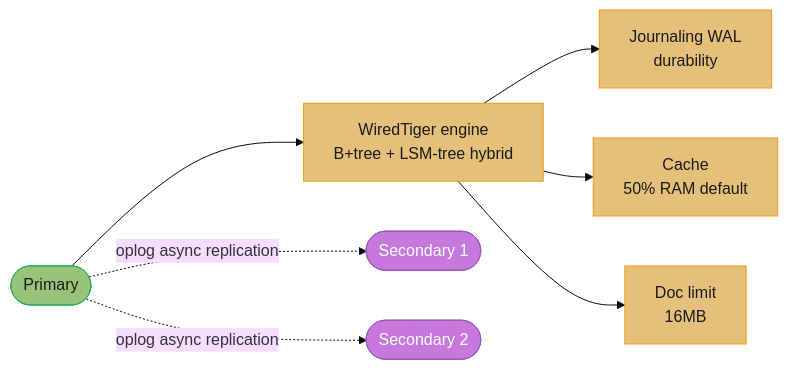
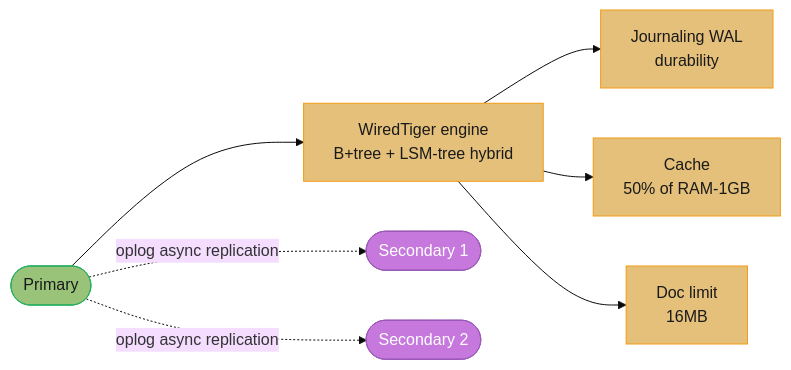
Before and after one commit to rppol/system-design: the first of 9 diagrams in src/main/java/com/rutik/systemdesign/database/document_databases/README.md, drawn with Mermaid (base theme). The commit also changed other lines of this file and 5 other files, not shown here.

````diff
--- a/src/main/java/com/rutik/systemdesign/database/document_databases/README.md
+++ b/src/main/java/com/rutik/systemdesign/database/document_databases/README.md
@@ -21,21 +21,21 @@
 ```mermaid
 flowchart LR
     classDef io      fill:#61afef,stroke:#2e86c1,color:#1a1a1a,font-weight:bold
     classDef frozen  fill:#c678dd,stroke:#9b59b6,color:#fff
     classDef train   fill:#98c379,stroke:#27ae60,color:#1a1a1a
     classDef mathOp  fill:#d19a66,stroke:#e67e22,color:#1a1a1a,font-weight:bold
     classDef lossN   fill:#e06c75,stroke:#c0392b,color:#fff,font-weight:bold
     classDef req     fill:#56b6c2,stroke:#0097a7,color:#1a1a1a
     classDef base    fill:#e5c07b,stroke:#f39c12,color:#1a1a1a
 
     P(["Primary"]) --> WT["WiredTiger engine<br/>B+tree + LSM-tree hybrid"]
     WT --> J["Journaling WAL<br/>durability"]
-    WT --> C["Cache<br/>50% RAM default"]
+    WT --> C["Cache<br/>50% of RAM-1GB"]
     WT --> DL["Doc limit<br/>16MB"]
     P -.->|"oplog async replication"| S1(["Secondary 1"])
     P -.->|"oplog async replication"| S2(["Secondary 2"])
 
     class P train
     class WT,J,C,DL base
     class S1,S2 frozen
 ```
````
